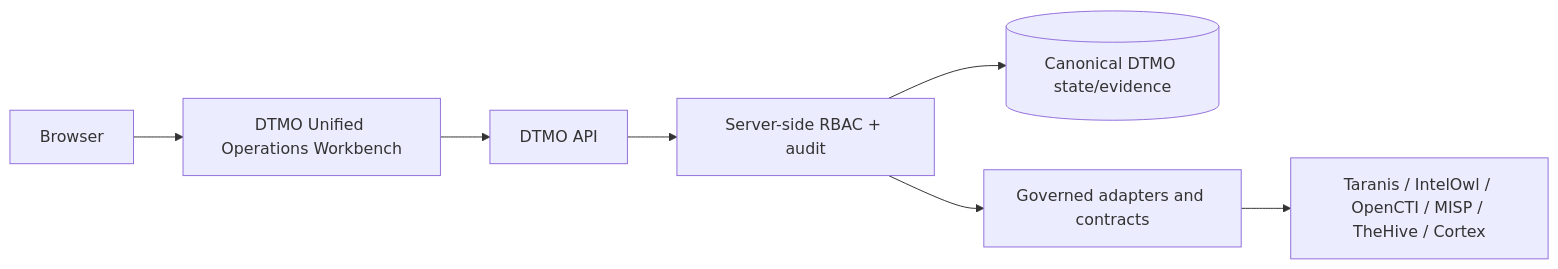
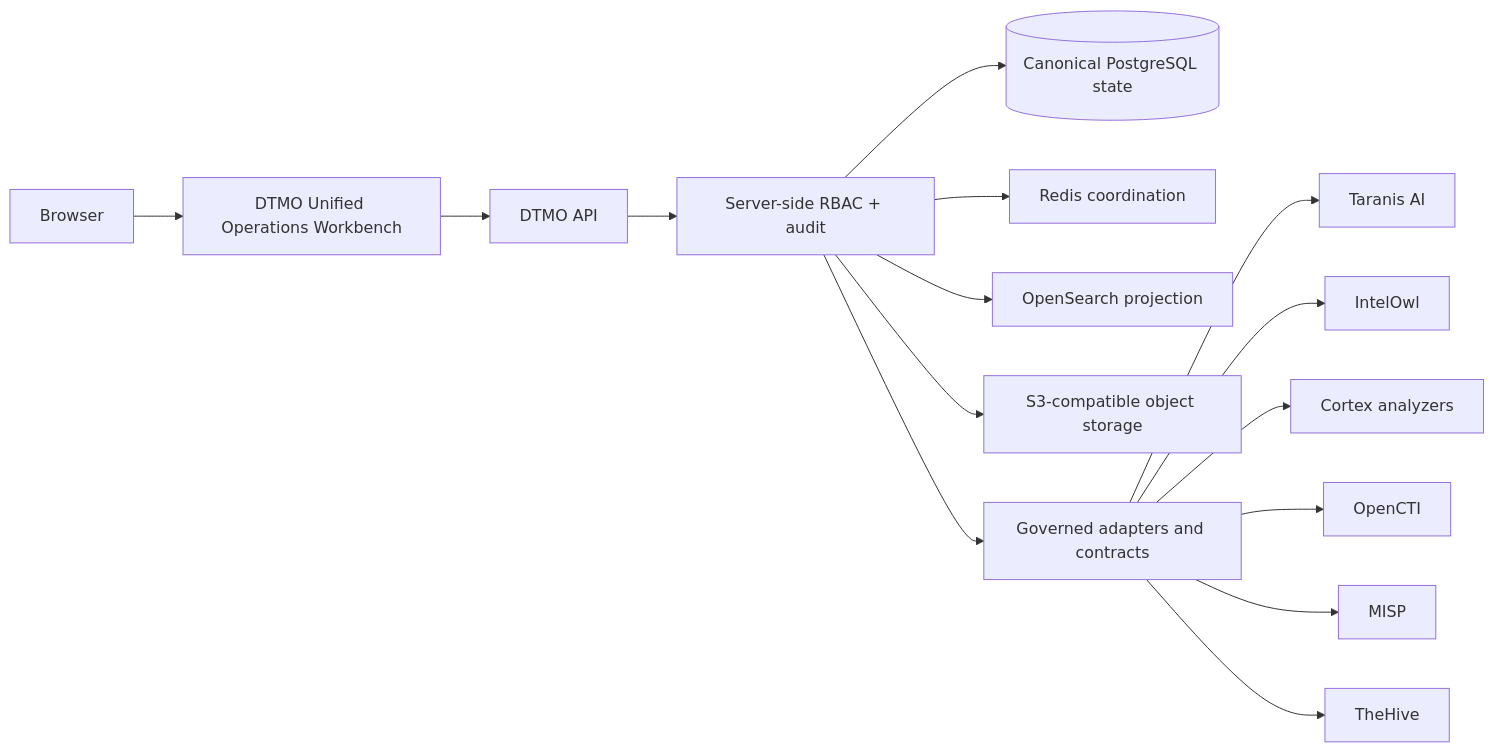
Before and after one commit to GJvManen/dtmo: the diagram in README.md, drawn with Mermaid. The commit also changed other lines of this file, not shown here.

````diff
--- a/README.md
+++ b/README.md
@@ -38,9 +50,17 @@
 ```mermaid
 flowchart LR
     B[Browser] --> W[DTMO Unified Operations Workbench]
     W --> A[DTMO API]
     A --> R[Server-side RBAC + audit]
-    R --> D[(Canonical DTMO state/evidence)]
+    R --> D[(Canonical PostgreSQL state)]
+    R --> Q[Redis coordination]
+    R --> O[OpenSearch projection]
+    R --> S3[S3-compatible object storage]
     R --> G[Governed adapters and contracts]
-    G --> S[Taranis / IntelOwl / OpenCTI / MISP / TheHive / Cortex]
+    G --> T[Taranis AI]
+    G --> I[IntelOwl]
+    G --> C[Cortex analyzers]
+    G --> OI[OpenCTI]
+    G --> M[MISP]
+    G --> H[TheHive]
 ```
````
